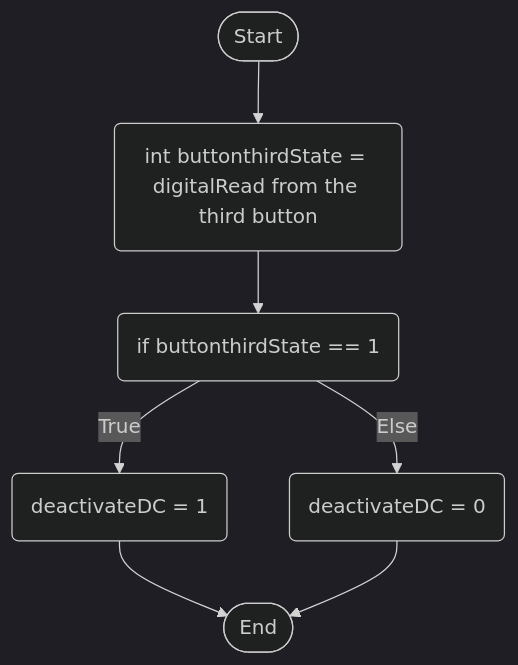
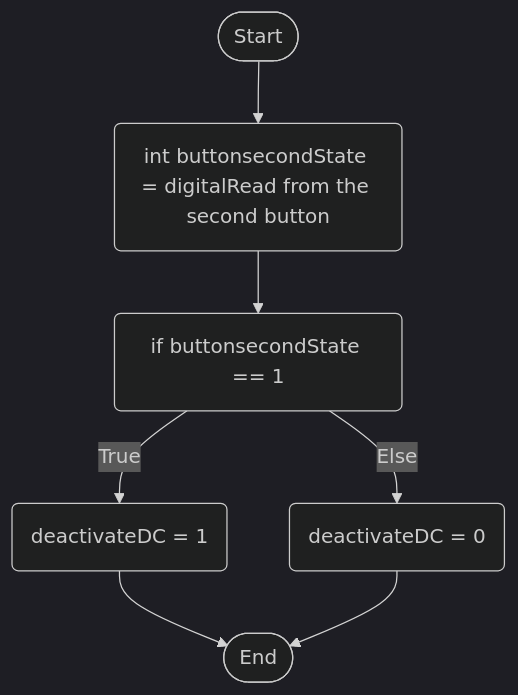
One commit to 4060269/SmartWorkstationAssessment3 changed the diagram in Flowcharts/secondButtonLogic.md. Above: the diagram before and after it, drawn with Mermaid (dark theme).

````diff
--- a/Flowcharts/secondButtonLogic.md
+++ b/Flowcharts/secondButtonLogic.md
@@ -3,16 +3,16 @@
 ```mermaid
 flowchart TD
 terminalStart([Start])
 terminalEnd([End])
-setbuttonValue(int buttonthirdState = digitalRead from the third button)
-activateButton0(if buttonthirdState == 1)
+setbuttonValue(int buttonsecondState = digitalRead from the second button)
+activateButton0(if buttonsecondState == 1)
 activateButton1(deactivateDC = 1)
 activateButton2(deactivateDC = 0)
    
 terminalStart --> setbuttonValue
 setbuttonValue --> activateButton0
 activateButton0 --> |True| activateButton1
 activateButton0 --> |Else| activateButton2
 activateButton1 --> terminalEnd
 activateButton2 --> terminalEnd
 ```
````
